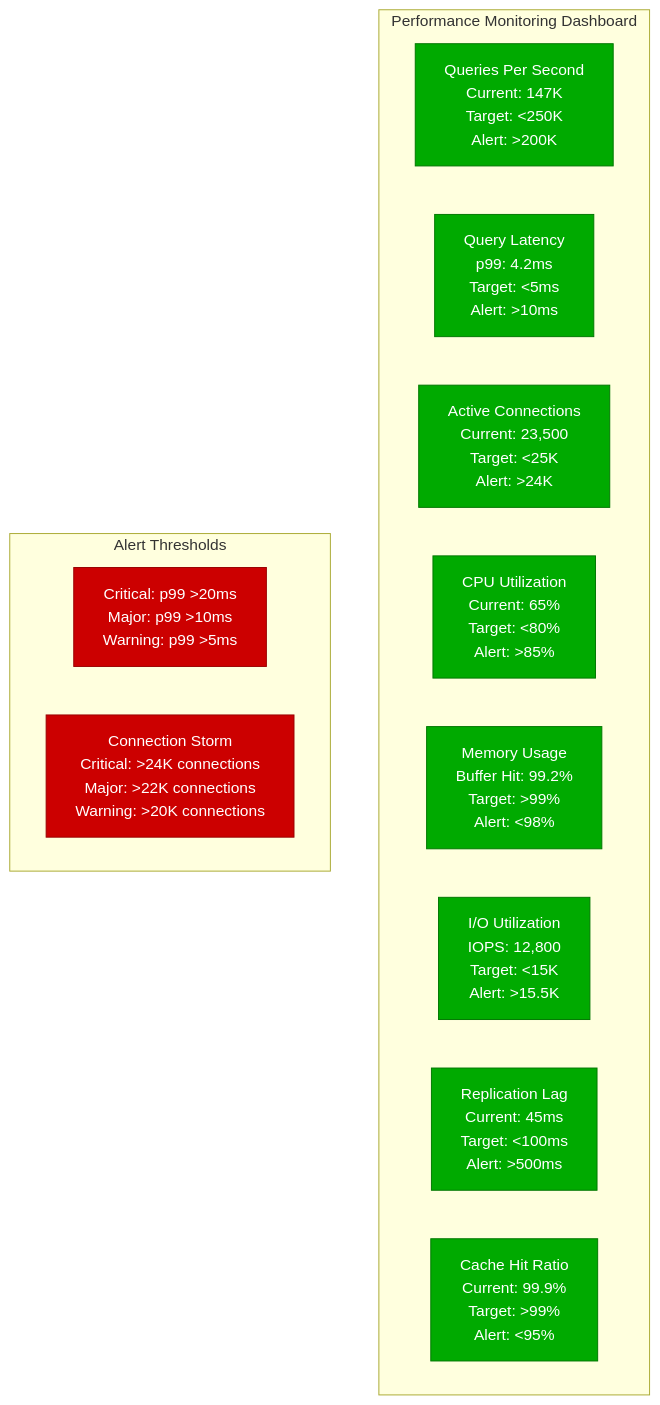
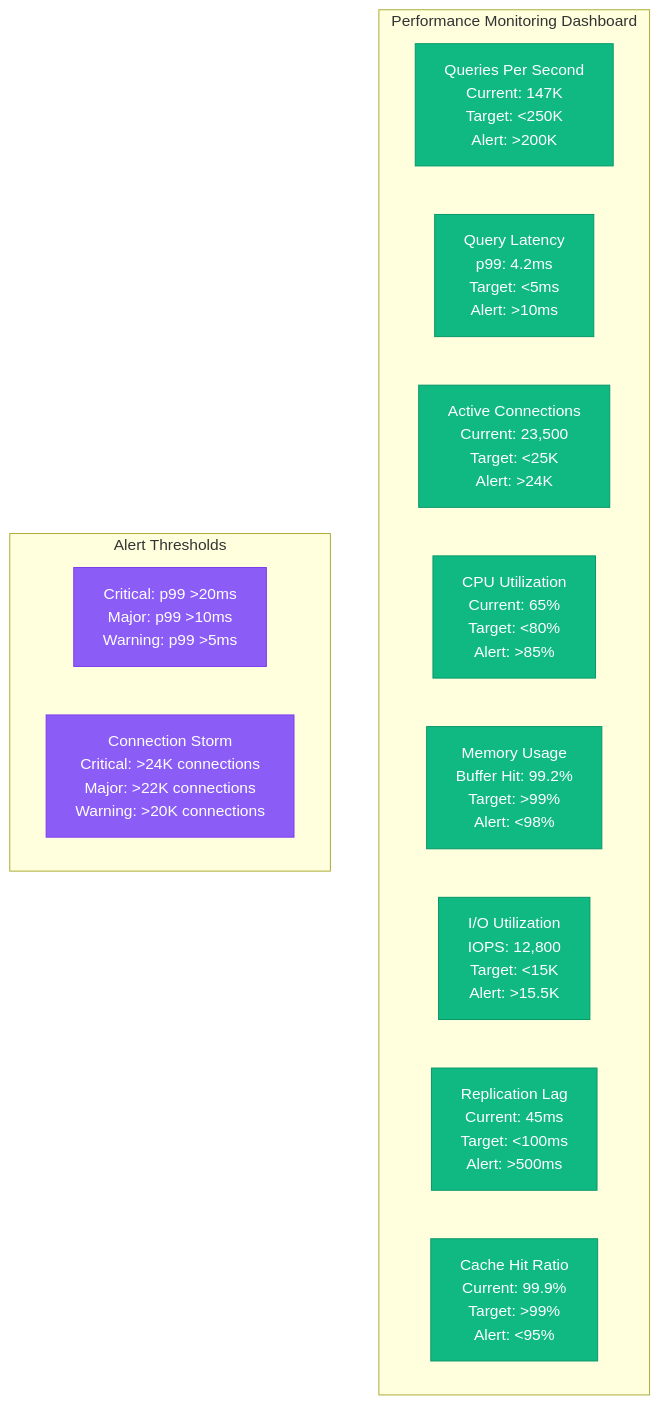
Before and after one commit to deepaucksharma/DS: the seventh of 7 diagrams in site/docs/performance/postgresql-scale-performance.md, drawn with Mermaid. The commit also changed other lines of this file and 187 other files, not shown here.

````diff
--- a/site/docs/performance/postgresql-scale-performance.md
+++ b/site/docs/performance/postgresql-scale-performance.md
@@ -356,32 +356,32 @@
 ```mermaid
 graph TB
     subgraph Metrics[Performance Monitoring Dashboard]
         QPS[Queries Per Second<br/>Current: 147K<br/>Target: <250K<br/>Alert: >200K]
 
         LAT[Query Latency<br/>p99: 4.2ms<br/>Target: <5ms<br/>Alert: >10ms]
 
         CON[Active Connections<br/>Current: 23,500<br/>Target: <25K<br/>Alert: >24K]
 
         CPU[CPU Utilization<br/>Current: 65%<br/>Target: <80%<br/>Alert: >85%]
 
         MEM[Memory Usage<br/>Buffer Hit: 99.2%<br/>Target: >99%<br/>Alert: <98%]
 
         IO[I/O Utilization<br/>IOPS: 12,800<br/>Target: <15K<br/>Alert: >15.5K]
 
         REP[Replication Lag<br/>Current: 45ms<br/>Target: <100ms<br/>Alert: >500ms]
 
         CACHE[Cache Hit Ratio<br/>Current: 99.9%<br/>Target: >99%<br/>Alert: <95%]
     end
 
     subgraph Alerts[Alert Thresholds]
         CRIT[Critical: p99 >20ms<br/>Major: p99 >10ms<br/>Warning: p99 >5ms]
 
         CONN[Connection Storm<br/>Critical: >24K connections<br/>Major: >22K connections<br/>Warning: >20K connections]
     end
 
-    classDef metricStyle fill:#00AA00,stroke:#007700,color:#fff
-    classDef alertStyle fill:#CC0000,stroke:#990000,color:#fff
+    classDef metricStyle fill:#10B981,stroke:#059669,color:#fff
+    classDef alertStyle fill:#8B5CF6,stroke:#7C3AED,color:#fff
 
     class QPS,LAT,CON,CPU,MEM,IO,REP,CACHE metricStyle
     class CRIT,CONN alertStyle
 ```
````
